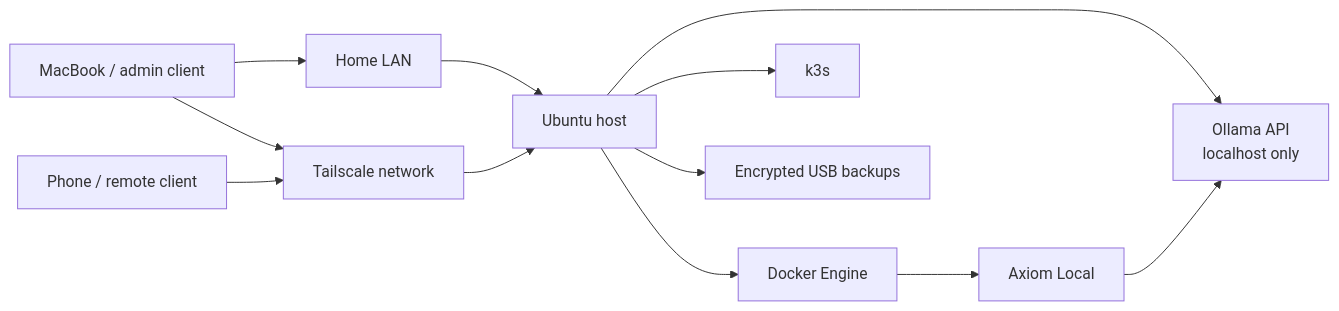
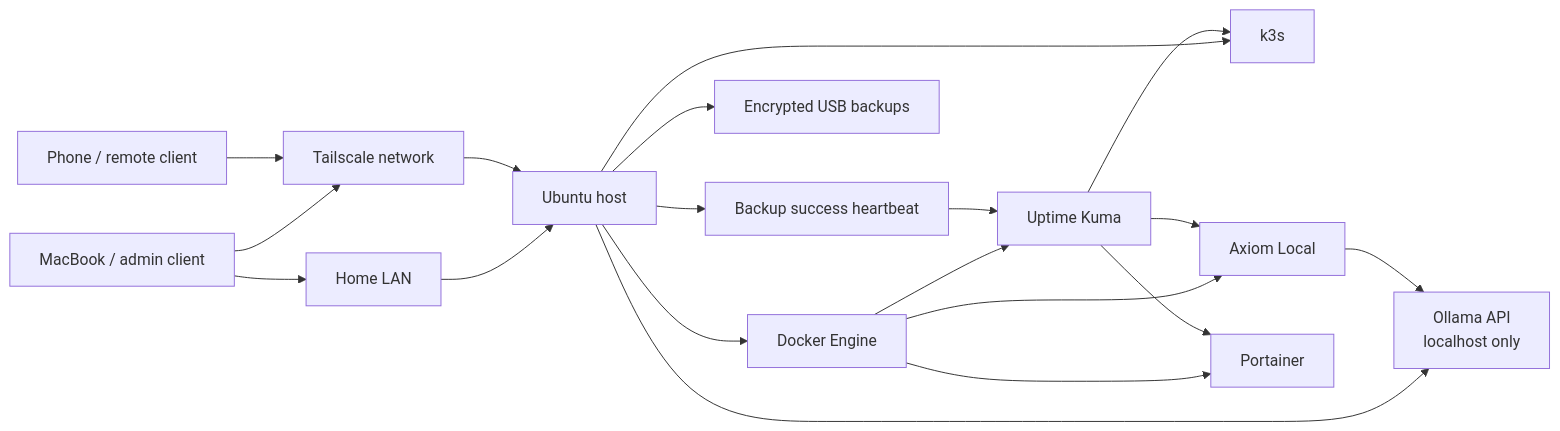
One commit to Aydanzee/danzee-homelab changed the diagram in README.md. Above: the diagram before and after it, drawn with Mermaid. The commit also changed other lines of this file and 10 other files, not shown here.

````diff
--- a/README.md
+++ b/README.md
@@ -37,25 +37,35 @@
 ```mermaid
 flowchart LR
     Mac[MacBook / admin client]
     Phone[Phone / remote client]
     TS[Tailscale network]
     Router[Home LAN]
     Lab[Ubuntu host]
     Docker[Docker Engine]
     K3s[k3s]
     Ollama[Ollama API\nlocalhost only]
     Axiom[Axiom Local]
+    Kuma[Uptime Kuma]
+    Portainer[Portainer]
     USB[Encrypted USB backups]
+    Heartbeat[Backup success heartbeat]
 
     Mac --> Router
     Mac --> TS
     Phone --> TS
     Router --> Lab
     TS --> Lab
     Lab --> Docker
     Lab --> K3s
     Lab --> Ollama
     Docker --> Axiom
+    Docker --> Kuma
+    Docker --> Portainer
     Axiom --> Ollama
+    Kuma --> Axiom
+    Kuma --> K3s
+    Kuma --> Portainer
     Lab --> USB
+    Lab --> Heartbeat
+    Heartbeat --> Kuma
 ```
````
